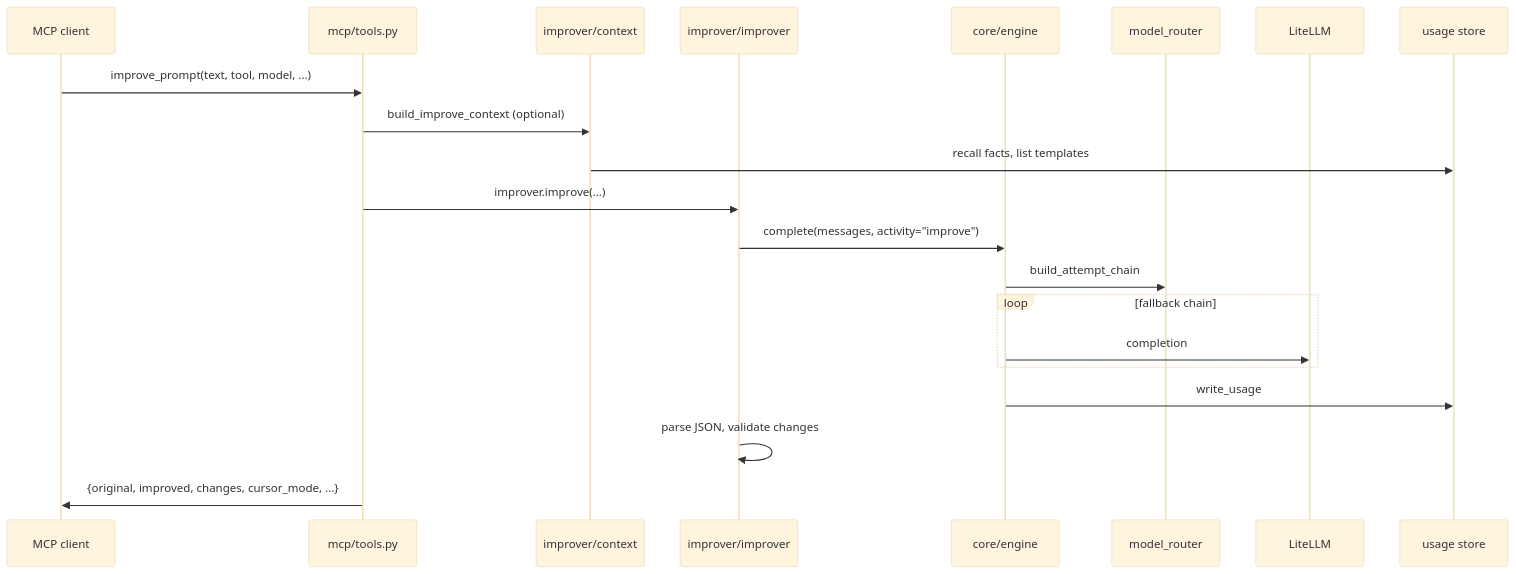
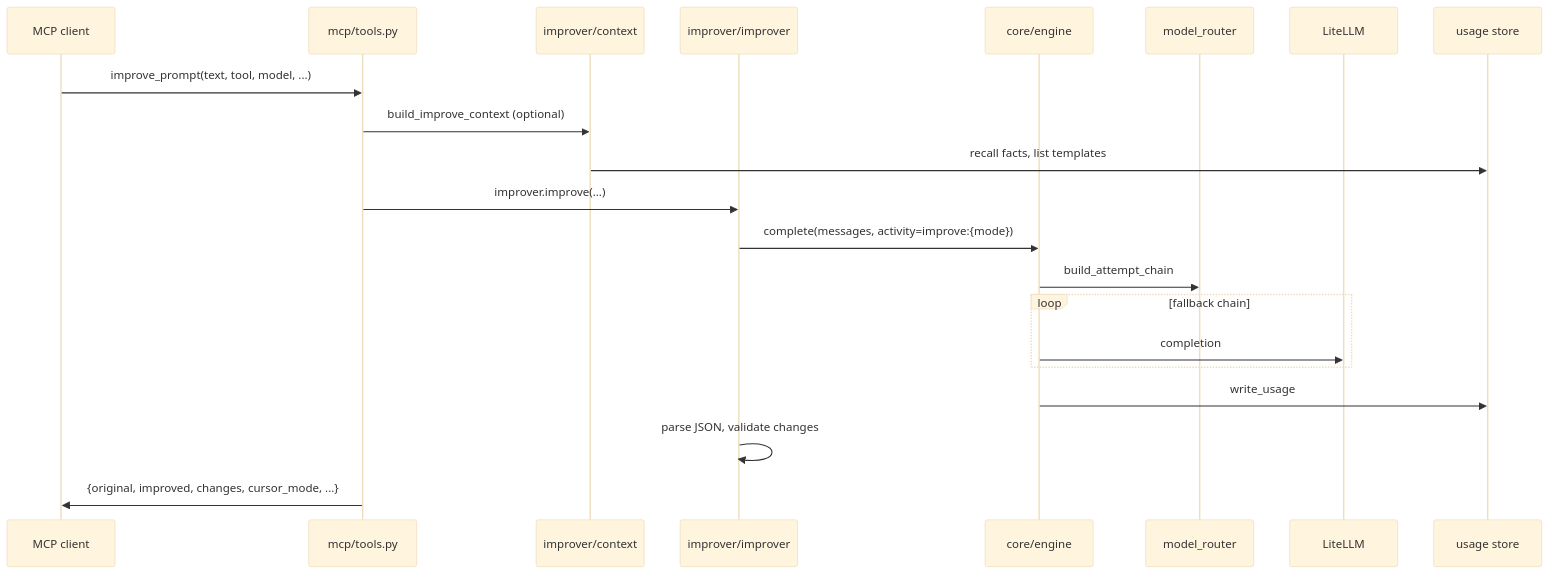
One commit to Yann-0/ylang changed the third of 3 diagrams in docs/architecture.md. Above: the diagram before and after it, drawn with Mermaid (base theme). The commit also changed other lines of this file and 16 other files, not shown here.

````diff
--- a/docs/architecture.md
+++ b/docs/architecture.md
@@ -115,24 +121,24 @@
 ```mermaid
 sequenceDiagram
     participant Client as MCP client
     participant Tools as mcp/tools.py
     participant Ctx as improver/context
     participant Imp as improver/improver
     participant Eng as core/engine
     participant Rtr as model_router
     participant LLM as LiteLLM
     participant DB as usage store
 
     Client->>Tools: improve_prompt(text, tool, model, ...)
     Tools->>Ctx: build_improve_context (optional)
     Ctx->>DB: recall facts, list templates
     Tools->>Imp: improver.improve(...)
-    Imp->>Eng: complete(messages, activity="improve")
+    Imp->>Eng: complete(messages, activity=improve:{mode})
     Eng->>Rtr: build_attempt_chain
     loop fallback chain
         Eng->>LLM: completion
     end
     Eng->>DB: write_usage
     Imp->>Imp: parse JSON, validate changes
     Tools->>Client: {original, improved, changes, cursor_mode, ...}
 ```
````
